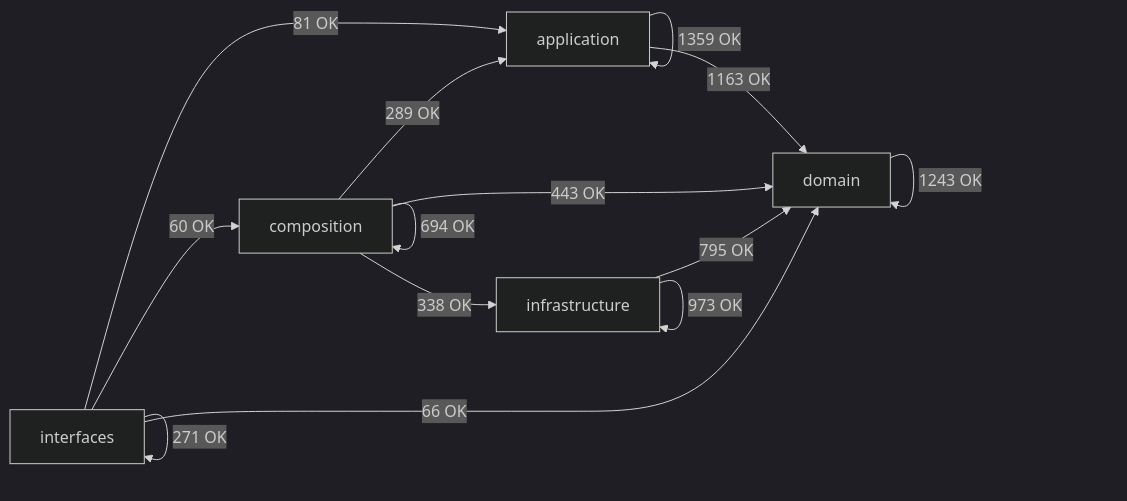
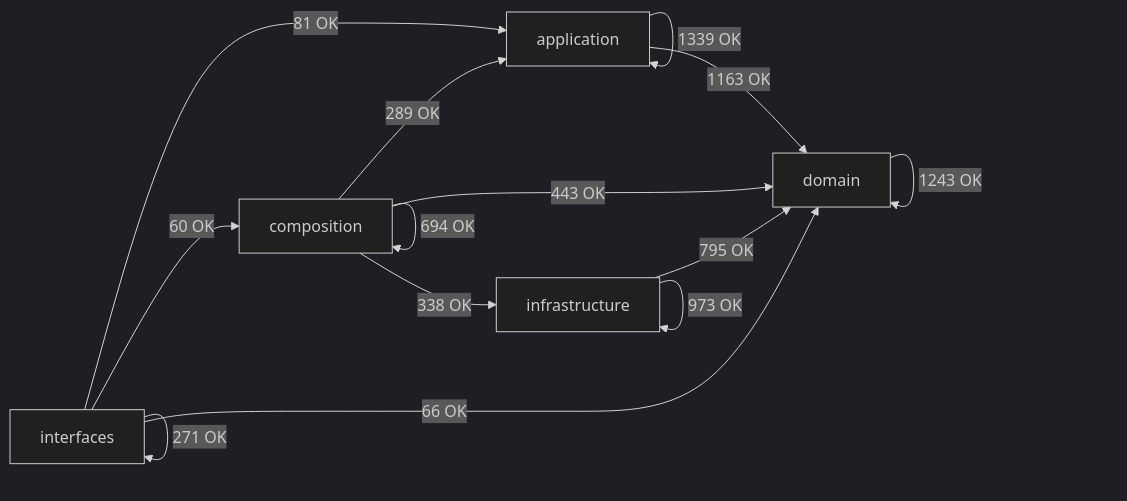
The diagram in docs/02-architecture/generated/module-dependency-map.md (SatoryKono/BioactivityDataAcquisition), drawn with Mermaid (dark theme) before and after one commit. The commit also changed other lines of this file and 23 other files, not shown here.

````diff
--- a/docs/02-architecture/generated/module-dependency-map.md
+++ b/docs/02-architecture/generated/module-dependency-map.md
@@ -17,21 +17,21 @@
 ```mermaid
 flowchart LR
     domain[domain]
     application[application]
     infrastructure[infrastructure]
     composition[composition]
     interfaces[interfaces]
-    application -->|1359 OK| application
+    application -->|1339 OK| application
     application -->|1163 OK| domain
     composition -->|289 OK| application
     composition -->|694 OK| composition
     composition -->|443 OK| domain
     composition -->|338 OK| infrastructure
     domain -->|1243 OK| domain
     infrastructure -->|795 OK| domain
     infrastructure -->|973 OK| infrastructure
     interfaces -->|81 OK| application
     interfaces -->|60 OK| composition
     interfaces -->|66 OK| domain
     interfaces -->|271 OK| interfaces
 ```
````
